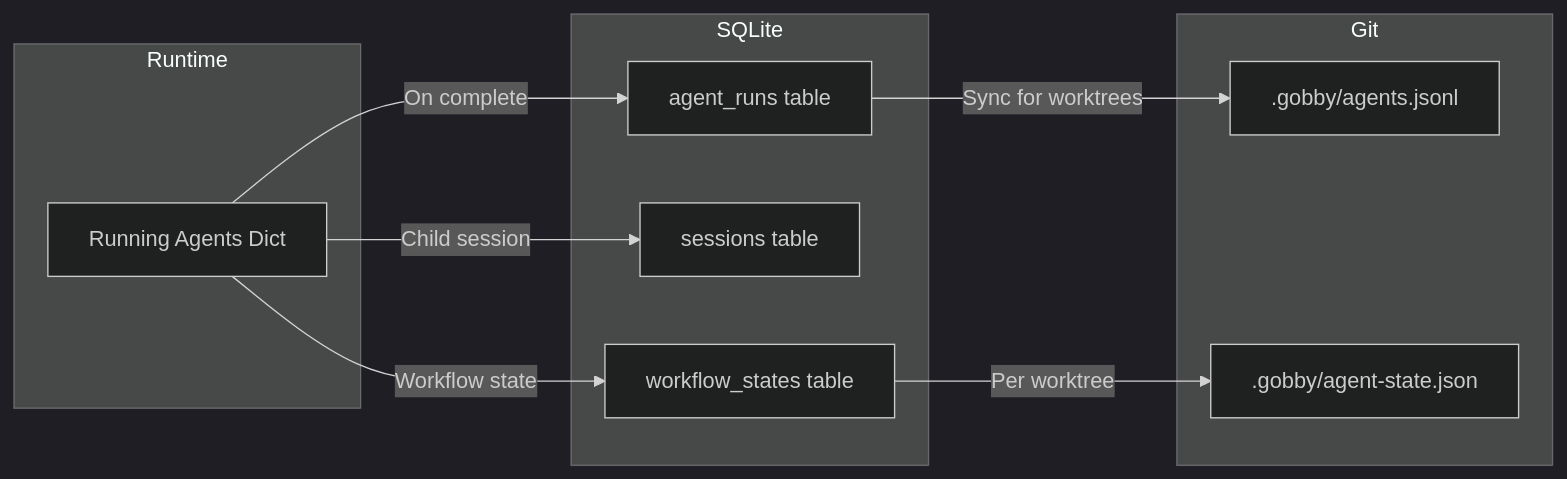
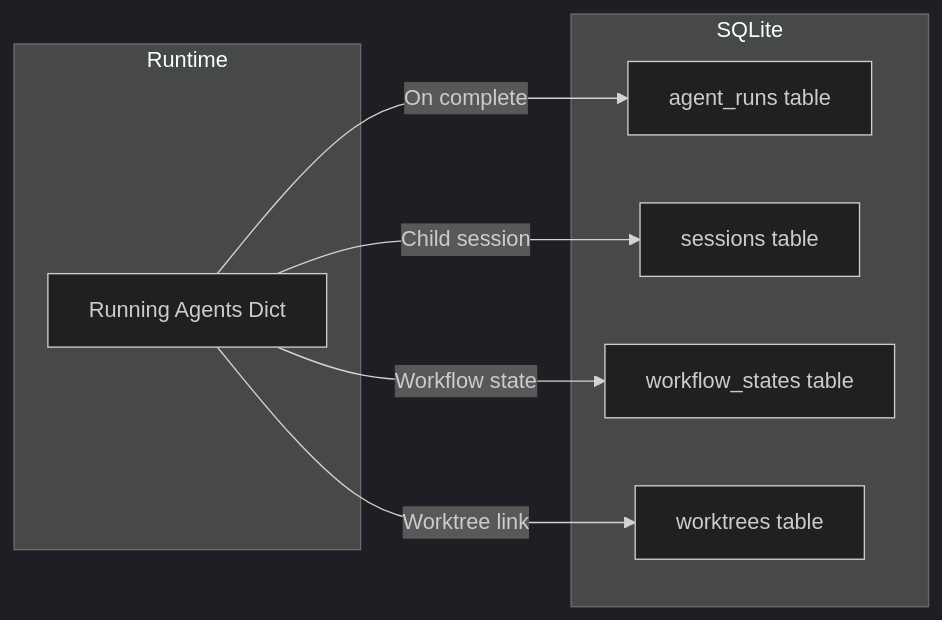
One commit to Zeeeepa/gobby changed the fourth of 4 diagrams in docs/plans/SUBAGENTS.md. Above: the diagram before and after it, drawn with Mermaid (dark theme). The commit also changed other lines of this file and 3 other files, not shown here.

First line of the commit message:
[gt-b936c8] refactor: consolidate gobby-worktrees into SUBAGENTS.md

````diff
--- a/docs/plans/SUBAGENTS.md
+++ b/docs/plans/SUBAGENTS.md
@@ -214,24 +286,18 @@
 ```mermaid
 flowchart LR
     subgraph Runtime
         A[Running Agents Dict]
     end
 
     subgraph SQLite
         B[agent_runs table]
         C[sessions table]
         D[workflow_states table]
-    end
-
-    subgraph Git
-        E[.gobby/agents.jsonl]
-        F[.gobby/agent-state.json]
+        E[worktrees table]
     end
 
     A -->|On complete| B
     A -->|Child session| C
     A -->|Workflow state| D
-
-    B -->|Sync for worktrees| E
-    D -->|Per worktree| F
+    A -->|Worktree link| E
 ```
````
